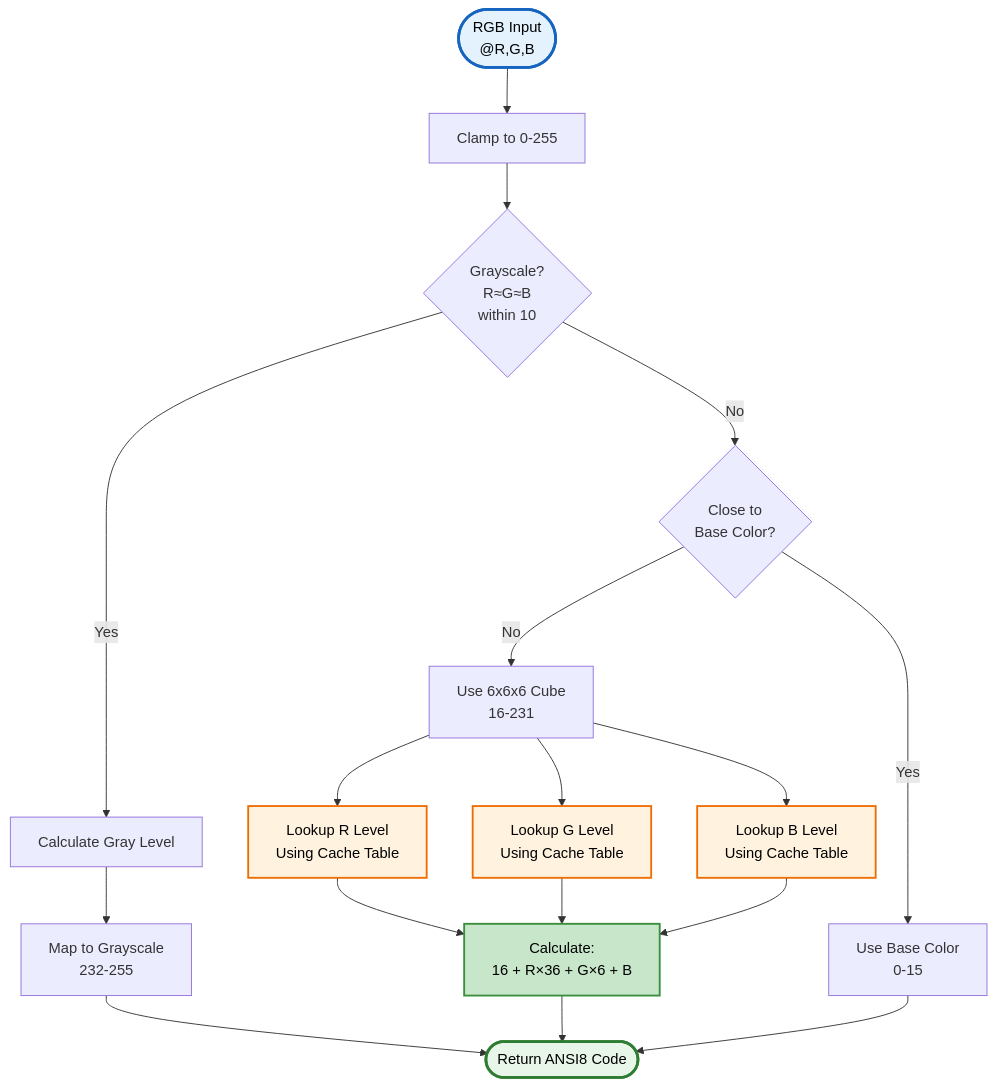
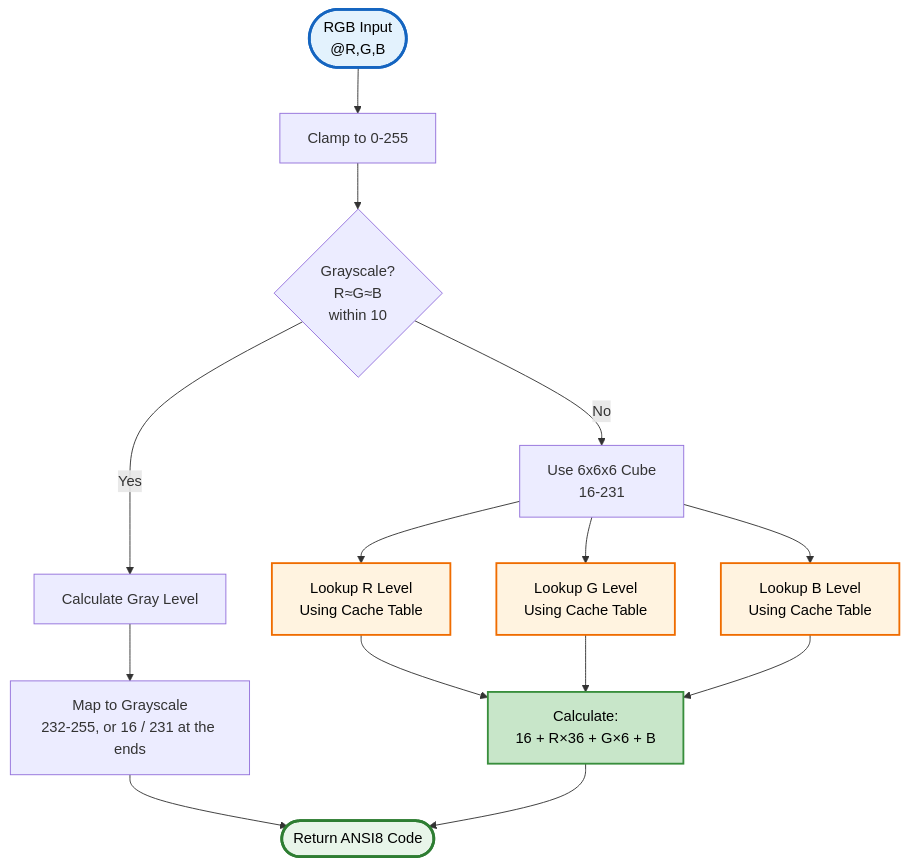
One commit to MarkusMcNugen/PSWriteColorEX changed the second of 5 diagrams in Docs/Public/Color-Conversions.md. Above: the diagram before and after it, drawn with Mermaid. The commit also changed other lines of this file and 10 other files, not shown here.

````diff
--- a/Docs/Public/Color-Conversions.md
+++ b/Docs/Public/Color-Conversions.md
@@ -180,33 +181,29 @@
 ```mermaid
 graph TD
     Start([RGB Input<br/>@R,G,B]) --> Validate[Clamp to 0-255]
 
     Validate --> CheckGray{Grayscale?<br/>R≈G≈B<br/>within 10}
 
     CheckGray -->|Yes| CalcGray[Calculate Gray Level]
-    CheckGray -->|No| CheckBase{Close to<br/>Base Color?}
+    CheckGray -->|No| UseCube[Use 6x6x6 Cube<br/>16-231]
 
-    CalcGray --> MapGray[Map to Grayscale<br/>232-255]
+    CalcGray --> MapGray[Map to Grayscale<br/>232-255, or 16 / 231 at the ends]
     MapGray --> Return([Return ANSI8 Code])
-
-    CheckBase -->|Yes| UseBase[Use Base Color<br/>0-15]
-    CheckBase -->|No| UseCube[Use 6x6x6 Cube<br/>16-231]
 
     UseCube --> LookupR[Lookup R Level<br/>Using Cache Table]
     UseCube --> LookupG[Lookup G Level<br/>Using Cache Table]
     UseCube --> LookupB[Lookup B Level<br/>Using Cache Table]
 
     LookupR --> CalcCode[Calculate:<br/>16 + R×36 + G×6 + B]
     LookupG --> CalcCode
     LookupB --> CalcCode
 
     CalcCode --> Return
-    UseBase --> Return
 
     style Start fill:#e3f2fd,stroke:#1565c0,stroke-width:3px,color:#000
     style Return fill:#e8f5e9,stroke:#2e7d32,stroke-width:3px,color:#000
     style LookupR fill:#fff3e0,stroke:#ef6c00,stroke-width:2px,color:#000
     style LookupG fill:#fff3e0,stroke:#ef6c00,stroke-width:2px,color:#000
     style LookupB fill:#fff3e0,stroke:#ef6c00,stroke-width:2px,color:#000
     style CalcCode fill:#c8e6c9,stroke:#388e3c,stroke-width:2px,color:#000
 ```
````
